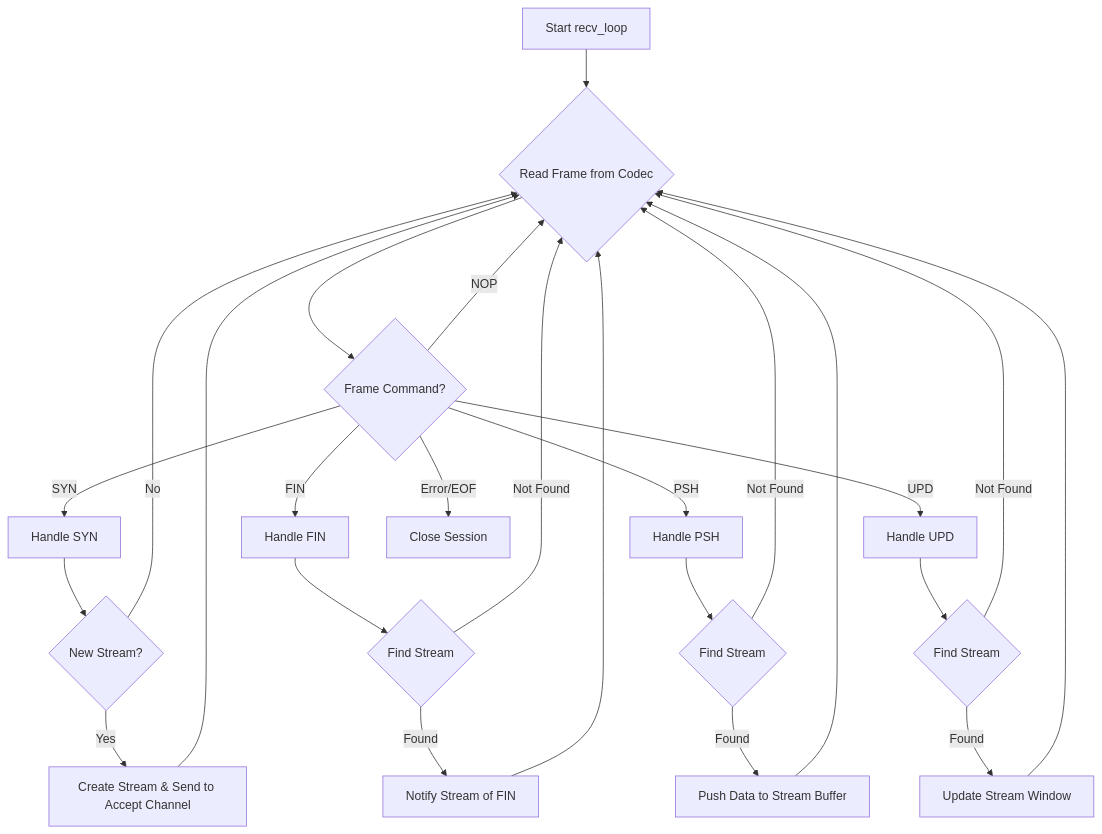
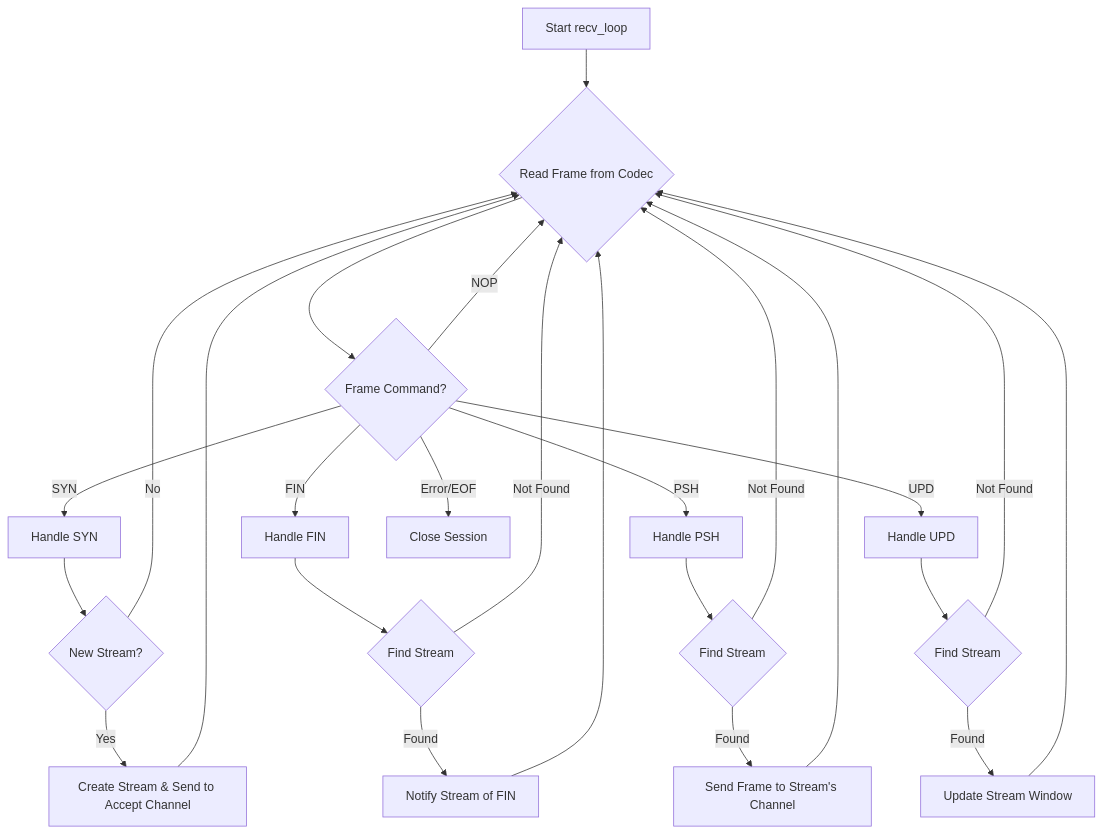
One commit to BlackLuny/smux changed the diagram in specs/005-session.md. Above: the diagram before and after it, drawn with Mermaid. The commit also changed other lines of this file and 2 other files, not shown here.

````diff
--- a/specs/005-session.md
+++ b/specs/005-session.md
@@ -52,31 +57,31 @@
 ```mermaid
 graph TD
     A[Start recv_loop] --> B{Read Frame from Codec};
     B --> C{Frame Command?};
     C -- SYN --> D[Handle SYN];
     C -- FIN --> E[Handle FIN];
     C -- PSH --> F[Handle PSH];
     C -- UPD --> G[Handle UPD];
     C -- NOP --> B;
     C -- Error/EOF --> H[Close Session];
 
     D --> I{New Stream?};
     I -- Yes --> J[Create Stream & Send to Accept Channel];
     J --> B;
     I -- No --> B;
 
     E --> K{Find Stream};
     K -- Found --> L[Notify Stream of FIN];
     L --> B;
     K -- Not Found --> B;
 
     F --> M{Find Stream};
-    M -- Found --> N[Push Data to Stream Buffer];
+    M -- Found --> N[Send Frame to Stream's Channel];
     N --> B;
     M -- Not Found --> B;
 
     G --> O{Find Stream};
     O -- Found --> P[Update Stream Window];
     P --> B;
     O -- Not Found --> B;
 ```
````
